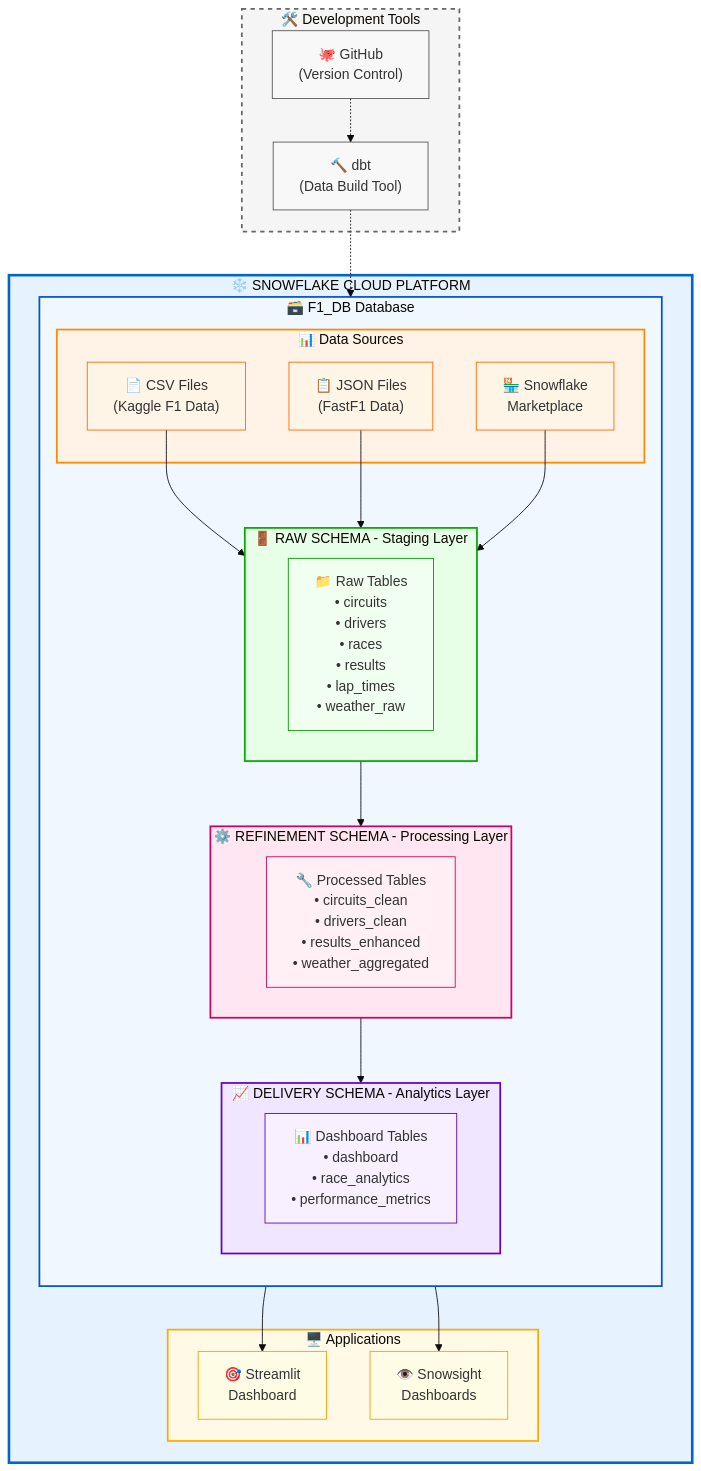
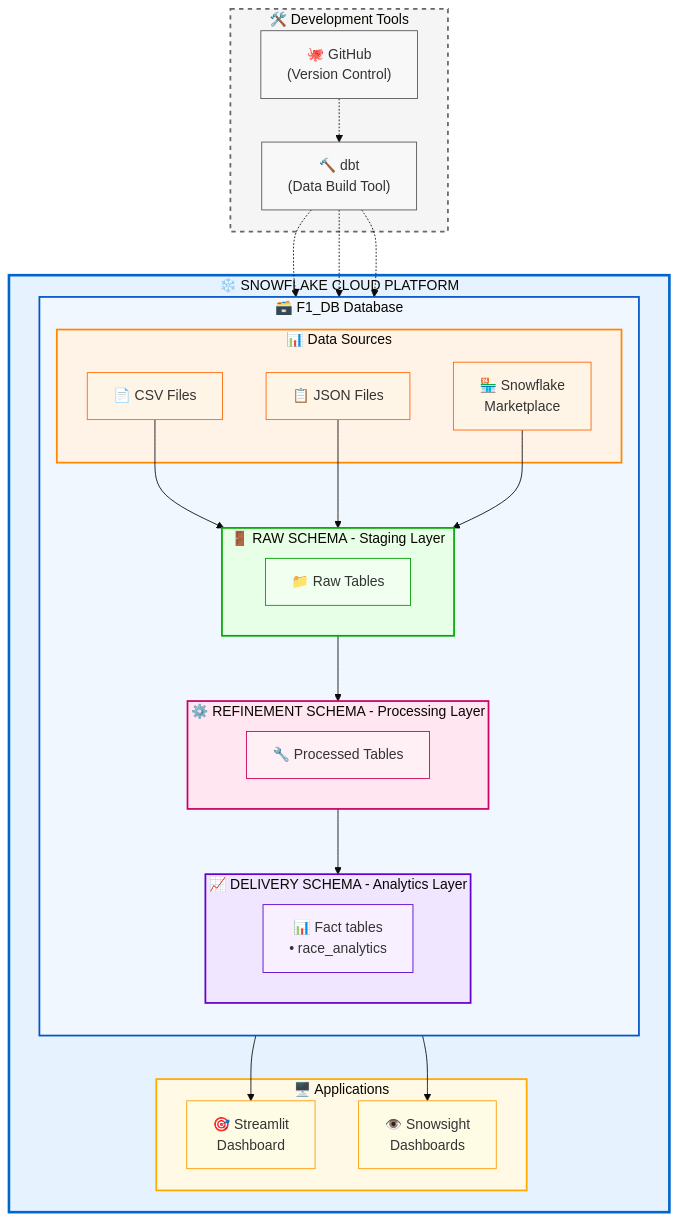
One commit to guillermocontp/Snowflake-project changed the diagram in Documentation/Doc.md. Above: the diagram before and after it, drawn with Mermaid (base theme).

````diff
--- a/Documentation/Doc.md
+++ b/Documentation/Doc.md
@@ -57,70 +57,72 @@
 ```mermaid
 graph TB
     subgraph SNOWFLAKE["❄️ SNOWFLAKE CLOUD PLATFORM"]
         subgraph F1_DB["🗃️ F1_DB Database"]
             direction TB
             
             subgraph SOURCES["📊 Data Sources"]
-                CSV["📄 CSV Files<br/>(Kaggle F1 Data)"]
-                JSON["📋 JSON Files<br/>(FastF1 Data)"]
+                CSV["📄 CSV Files<br/>"]
+                JSON["📋 JSON Files<br/>"]
                 MARKET["🏪 Snowflake<br/>Marketplace"]
             end
             
             subgraph STAGING["🚪 RAW SCHEMA - Staging Layer"]
-                RAW_TABLES["📁 Raw Tables<br/>• circuits<br/>• drivers<br/>• races<br/>• results<br/>• lap_times<br/>• weather_raw"]
+                RAW_TABLES["📁 Raw Tables<br/>"]
             end
             
             subgraph REFINEMENT["⚙️ REFINEMENT SCHEMA - Processing Layer"]
-                REFINED_TABLES["🔧 Processed Tables<br/>• circuits_clean<br/>• drivers_clean<br/>• results_enhanced<br/>• weather_aggregated"]
+                REFINED_TABLES["🔧 Processed Tables<br/>"]
             end
             
             subgraph DELIVERY["📈 DELIVERY SCHEMA - Analytics Layer"]
-                FINAL_TABLES["📊 Dashboard Tables<br/>• dashboard<br/>• race_analytics<br/>• performance_metrics"]
+                FINAL_TABLES["📊 Fact tables<br/>• race_analytics<br/>"]
             end
             
             CSV --> STAGING
             JSON --> STAGING
             MARKET --> STAGING
             
             STAGING --> REFINEMENT
             REFINEMENT --> DELIVERY
         end
         
         subgraph APPS["🖥️ Applications"]
             STREAMLIT["🎯 Streamlit<br/>Dashboard"]
             SNOWSIGHT["👁️ Snowsight<br/>Dashboards"]
         end
         
         DELIVERY --> STREAMLIT
         DELIVERY --> SNOWSIGHT
     end
     
     subgraph TOOLS["🛠️ Development Tools"]
         DBT["🔨 dbt<br/>(Data Build Tool)"]
         GITHUB["🐙 GitHub<br/>(Version Control)"]
     end
     
     DBT -.-> REFINEMENT
+    DBT -.-> STAGING
+    DBT -.-> DELIVERY
     GITHUB -.-> DBT
     
     %% Styling
     style SNOWFLAKE fill:#e6f3ff,stroke:#0066cc,stroke-width:3px
     style F1_DB fill:#f0f7ff,stroke:#0055cc,stroke-width:2px
     style SOURCES fill:#fff2e6,stroke:#ff8800,stroke-width:2px
     style STAGING fill:#e6ffe6,stroke:#00aa00,stroke-width:2px
     style REFINEMENT fill:#ffe6f0,stroke:#cc0066,stroke-width:2px
     style DELIVERY fill:#f0e6ff,stroke:#6600cc,stroke-width:2px
     style APPS fill:#fff9e6,stroke:#ffaa00,stroke-width:2px
     style TOOLS fill:#f5f5f5,stroke:#666666,stroke-width:2px,stroke-dasharray: 5 5
     
     style RAW_TABLES fill:#f0fff0,stroke:#009900
     style REFINED_TABLES fill:#fff0f5,stroke:#cc0055
     style FINAL_TABLES fill:#f8f0ff,stroke:#5500cc
     style CSV fill:#fff5e6,stroke:#ff6600
     style JSON fill:#fff5e6,stroke:#ff6600
     style MARKET fill:#fff5e6,stroke:#ff6600
     style STREAMLIT fill:#fffce6,stroke:#ff9900
     style SNOWSIGHT fill:#fffce6,stroke:#ff9900
     style DBT fill:#f8f8f8,stroke:#555555
     style GITHUB fill:#f8f8f8,stroke:#555555
 ```
````
